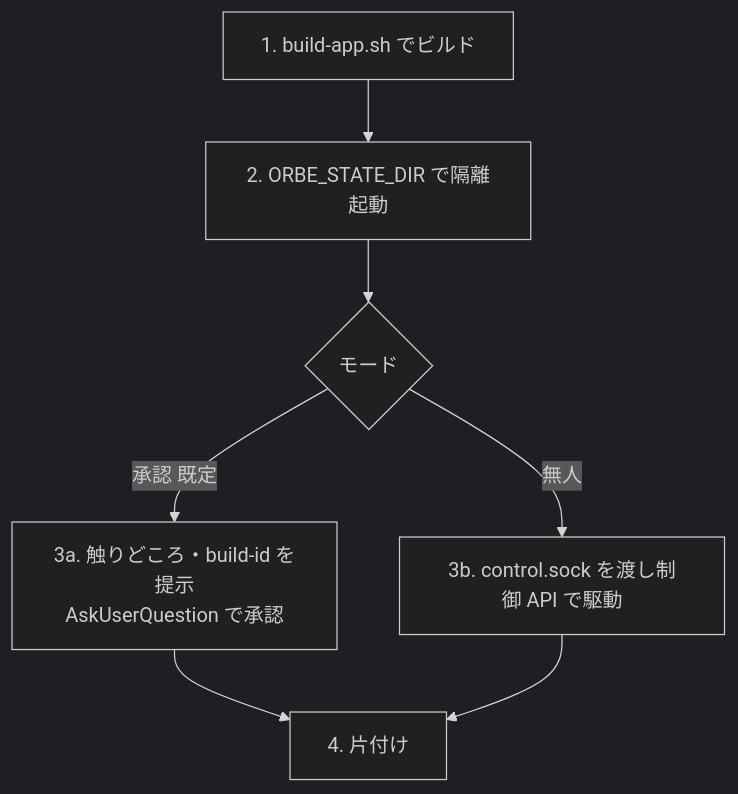
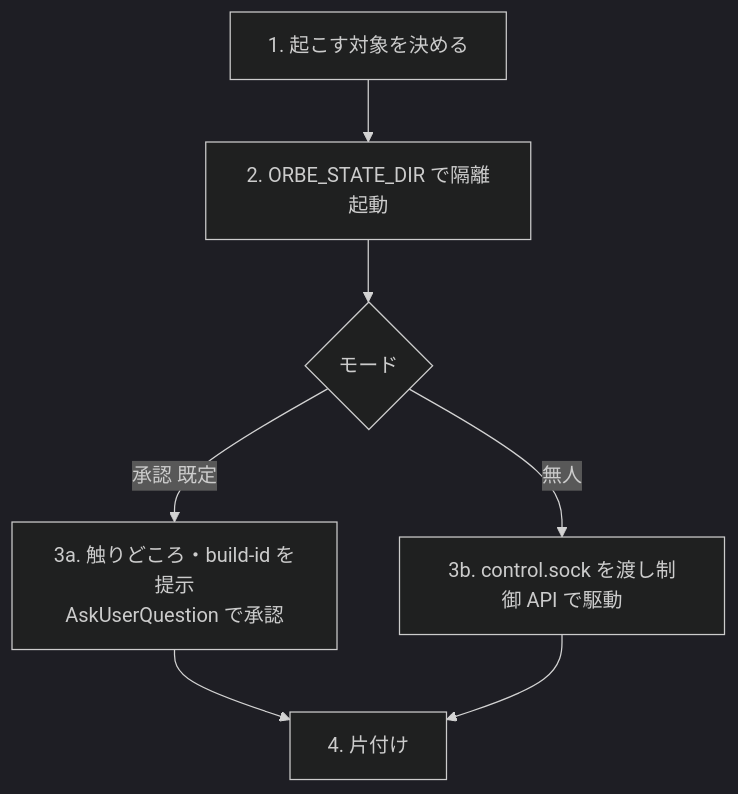
Before and after one commit to nakashima-takeo/orbe: the diagram in .claude/skills/sandbox-run/SKILL.md, drawn with Mermaid (dark theme). The commit also changed other lines of this file and 1 other file, not shown here.

Commit message:
docs(skills): release の関門を build-id 起点に組み直し隔離起動へ寄せる

````diff
--- a/.claude/skills/sandbox-run/SKILL.md
+++ b/.claude/skills/sandbox-run/SKILL.md
@@ -23,9 +23,9 @@
 ```mermaid
 flowchart TD
-    A[1. build-app.sh でビルド] --> B[2. ORBE_STATE_DIR で隔離起動]
+    A[1. 起こす対象を決める] --> B[2. ORBE_STATE_DIR で隔離起動]
     B --> M{モード}
     M -->|承認 既定| C[3a. 触りどころ・build-id を提示<br/>AskUserQuestion で承認]
     M -->|無人| D[3b. control.sock を渡し制御 API で駆動]
     C --> E[4. 片付け]
     D --> E
 ```
````
